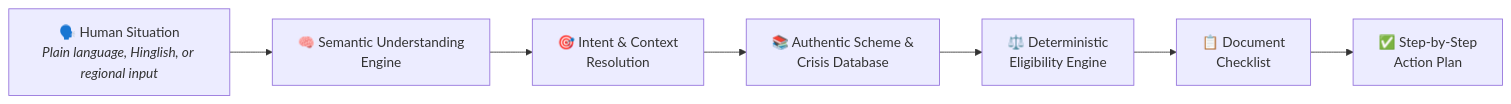
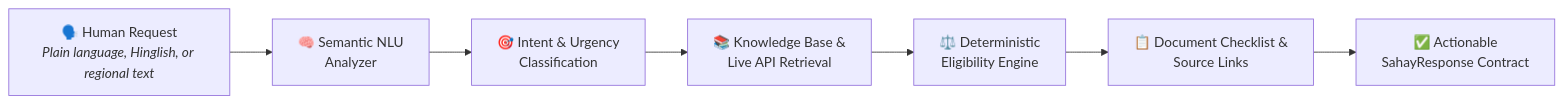
One commit to mrashish18/sahay changed the diagram in README.md. Above: the diagram before and after it, drawn with Mermaid. The commit also changed other lines of this file and 4 other files, not shown here.

````diff
--- a/README.md
+++ b/README.md
@@ -81,9 +88,9 @@
 ```mermaid
 flowchart LR
-    A["🗣️ Human Situation<br/><i>Plain language, Hinglish, or regional input</i>"] --> B["🧠 Semantic Understanding<br/>Engine"]
-    B --> C["🎯 Intent & Context<br/>Resolution"]
-    C --> D["📚 Authentic Scheme &<br/>Crisis Database"]
+    A["🗣️ Human Request<br/><i>Plain language, Hinglish, or regional text</i>"] --> B["🧠 Semantic NLU<br/>Analyzer"]
+    B --> C["🎯 Intent & Urgency<br/>Classification"]
+    C --> D["📚 Knowledge Base &<br/>Live API Retrieval"]
     D --> E["⚖️ Deterministic<br/>Eligibility Engine"]
-    E --> F["📋 Document<br/>Checklist"]
-    F --> G["✅ Step-by-Step<br/>Action Plan"]
+    E --> F["📋 Document Checklist &<br/>Source Links"]
+    F --> G["✅ Actionable<br/>SahayResponse Contract"]
 ```
````
